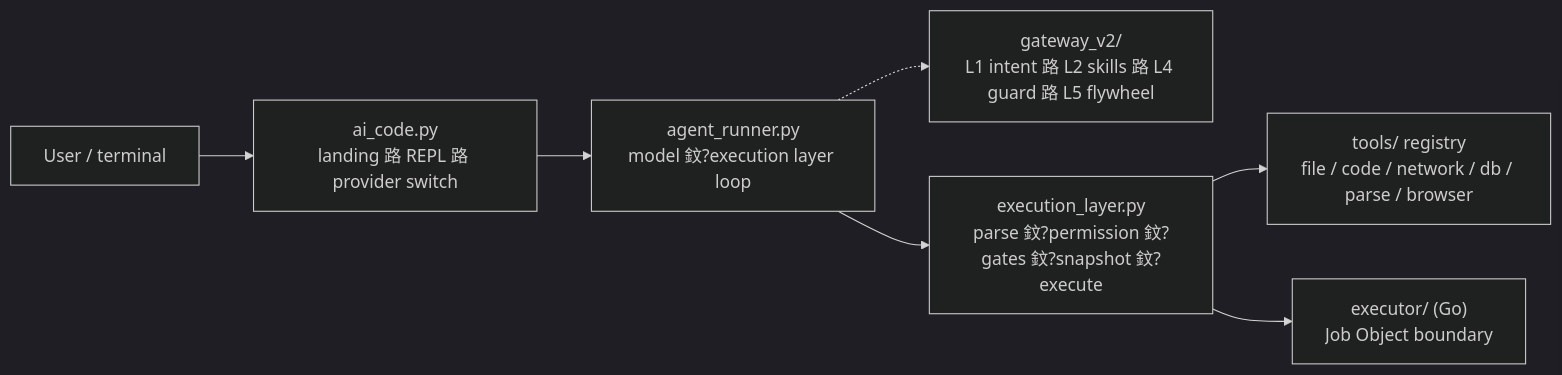
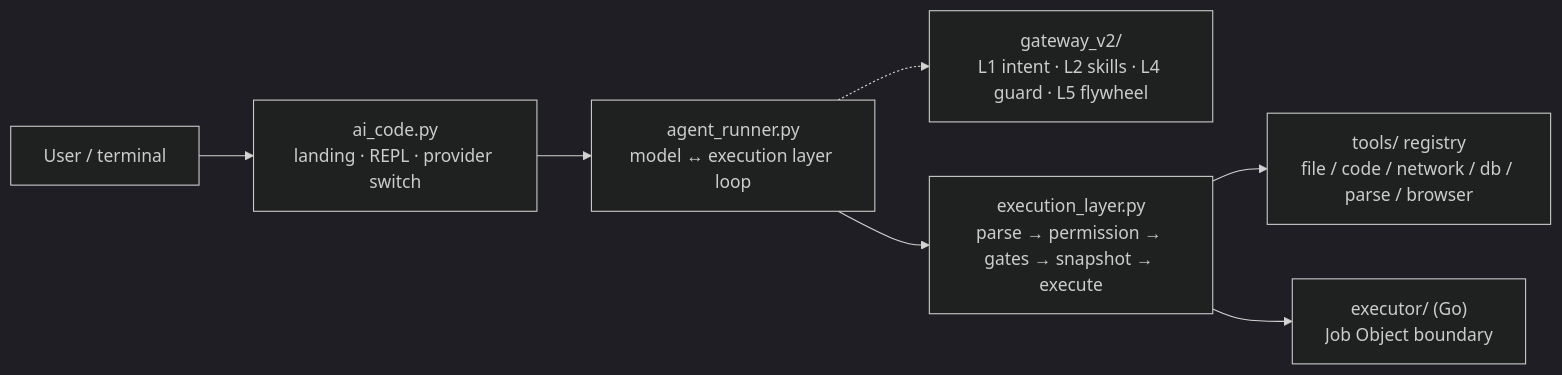
Before and after one commit to ace-code-engine/ace-agent: the diagram in README.md, drawn with Mermaid (dark theme). The commit also changed other lines of this file and 8 other files, not shown here.

````diff
--- a/README.md
+++ b/README.md
@@ -131,13 +131,13 @@
 ```mermaid
 flowchart LR
     U["User / terminal"]
-    CLI["ai_code.py<br/>landing 路 REPL 路 provider switch"]
-    LOOP["agent_runner.py<br/>model 鈫?execution layer loop"]
-    GW["gateway_v2/<br/>L1 intent 路 L2 skills 路 L4 guard 路 L5 flywheel"]
-    EL["execution_layer.py<br/>parse 鈫?permission 鈫?gates 鈫?snapshot 鈫?execute"]
+    CLI["ai_code.py<br/>landing · REPL · provider switch"]
+    LOOP["agent_runner.py<br/>model ↔ execution layer loop"]
+    GW["gateway_v2/<br/>L1 intent · L2 skills · L4 guard · L5 flywheel"]
+    EL["execution_layer.py<br/>parse → permission → gates → snapshot → execute"]
     T["tools/ registry<br/>file / code / network / db / parse / browser"]
     EX["executor/ (Go)<br/>Job Object boundary"]
     U --> CLI --> LOOP --> EL --> T
     LOOP -.-> GW
     EL --> EX
 ```
````
